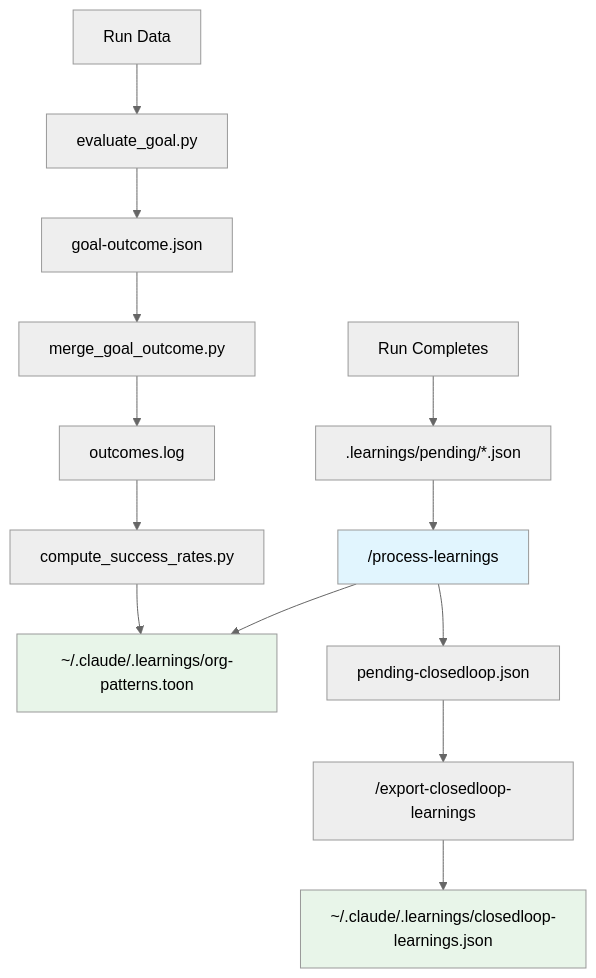
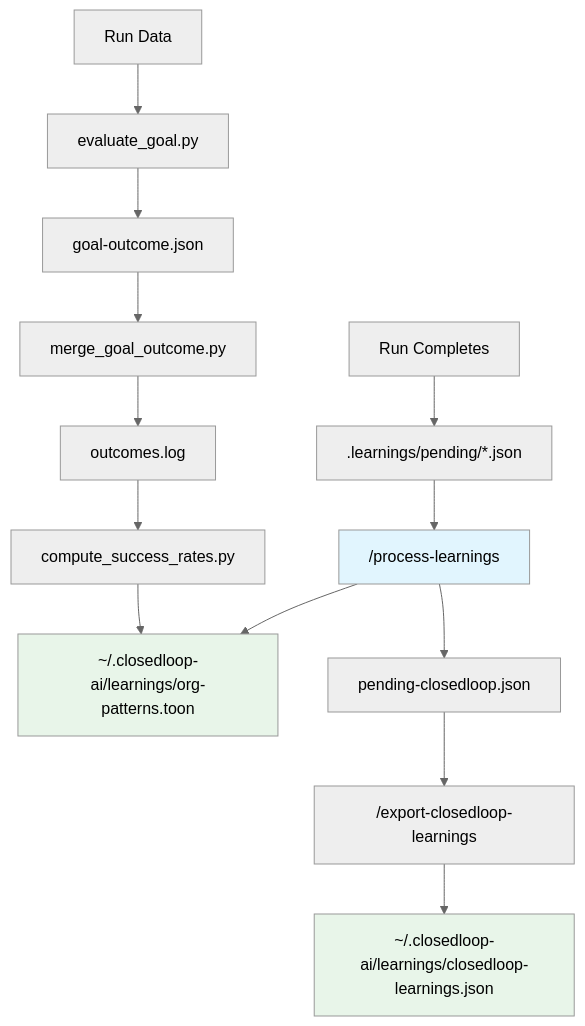
The diagram in plugins/self-learning/README.md (closedloop-ai/claude-plugins), drawn with Mermaid (neutral theme) before and after one commit. The commit also changed other lines of this file and 10 other files, not shown here.

First line of the commit message:
AI-367: migrate learnings path to ~/.closedloop-ai/learnings/

````diff
--- a/plugins/self-learning/README.md
+++ b/plugins/self-learning/README.md
@@ -24,20 +24,20 @@
 ```mermaid
 graph TD
     Run[Run Completes] --> Pending[".learnings/pending/*.json"]
     Pending --> Process["/process-learnings"]
-    Process --> OrgPatterns["~/.claude/.learnings/org-patterns.toon"]
+    Process --> OrgPatterns["~/.closedloop-ai/learnings/org-patterns.toon"]
     Process --> PendingCL["pending-closedloop.json"]
     PendingCL --> Export["/export-closedloop-learnings"]
-    Export --> GlobalCL["~/.claude/.learnings/closedloop-learnings.json"]
+    Export --> GlobalCL["~/.closedloop-ai/learnings/closedloop-learnings.json"]
 
     Outcomes["outcomes.log"] --> Compute["compute_success_rates.py"]
     Compute --> OrgPatterns
     RunData[Run Data] --> Evaluate["evaluate_goal.py"]
     Evaluate --> GoalOutcome["goal-outcome.json"]
     GoalOutcome --> Merge["merge_goal_outcome.py"]
     Merge --> Outcomes
 
     style Process fill:#e1f5fe
     style OrgPatterns fill:#e8f5e9
     style GlobalCL fill:#e8f5e9
 ```
````
